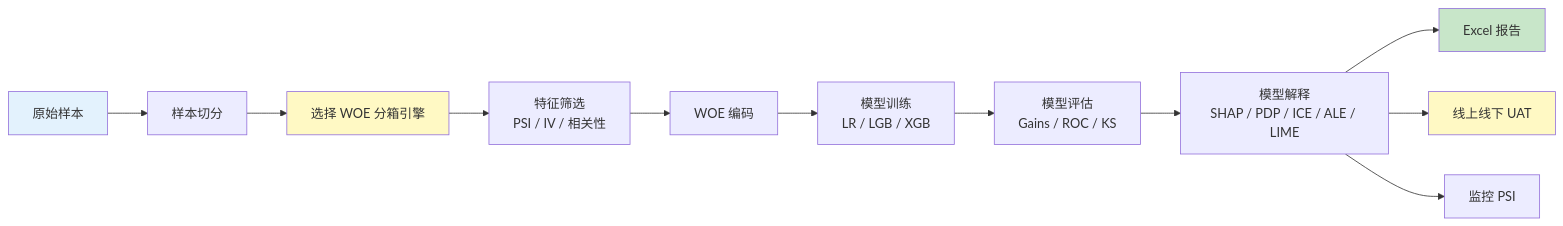
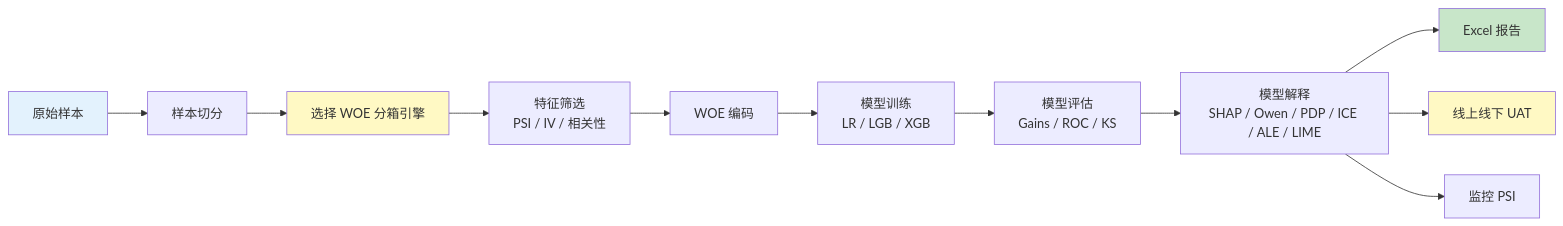
The diagram in docs/pipeline.md (Kyle-J-Sun/SuperModelingFactory_doc), drawn with Mermaid before and after one commit. The commit also changed other lines of this file and 2 other files, not shown here.

First line of the commit message:
docs: 增加 Owen Value 与 Coalition Structure 解释流程 (#13)

````diff
--- a/docs/pipeline.md
+++ b/docs/pipeline.md
@@ -7,18 +7,18 @@
 ```mermaid
 flowchart LR
     A[原始样本] --> B[样本切分]
     B --> C[选择 WOE 分箱引擎]
     C --> D[特征筛选<br/>PSI / IV / 相关性]
     D --> E[WOE 编码]
     E --> F[模型训练<br/>LR / LGB / XGB]
     F --> G[模型评估<br/>Gains / ROC / KS]
-    G --> H[模型解释<br/>SHAP / PDP / ICE / ALE / LIME]
+    G --> H[模型解释<br/>SHAP / Owen / PDP / ICE / ALE / LIME]
     H --> I[Excel 报告]
     H --> J[线上线下 UAT]
     H --> K[监控 PSI]
 
     style A fill:#e3f2fd
     style C fill:#fff9c4
     style I fill:#c8e6c9
     style J fill:#fff9c4
 ```
````
